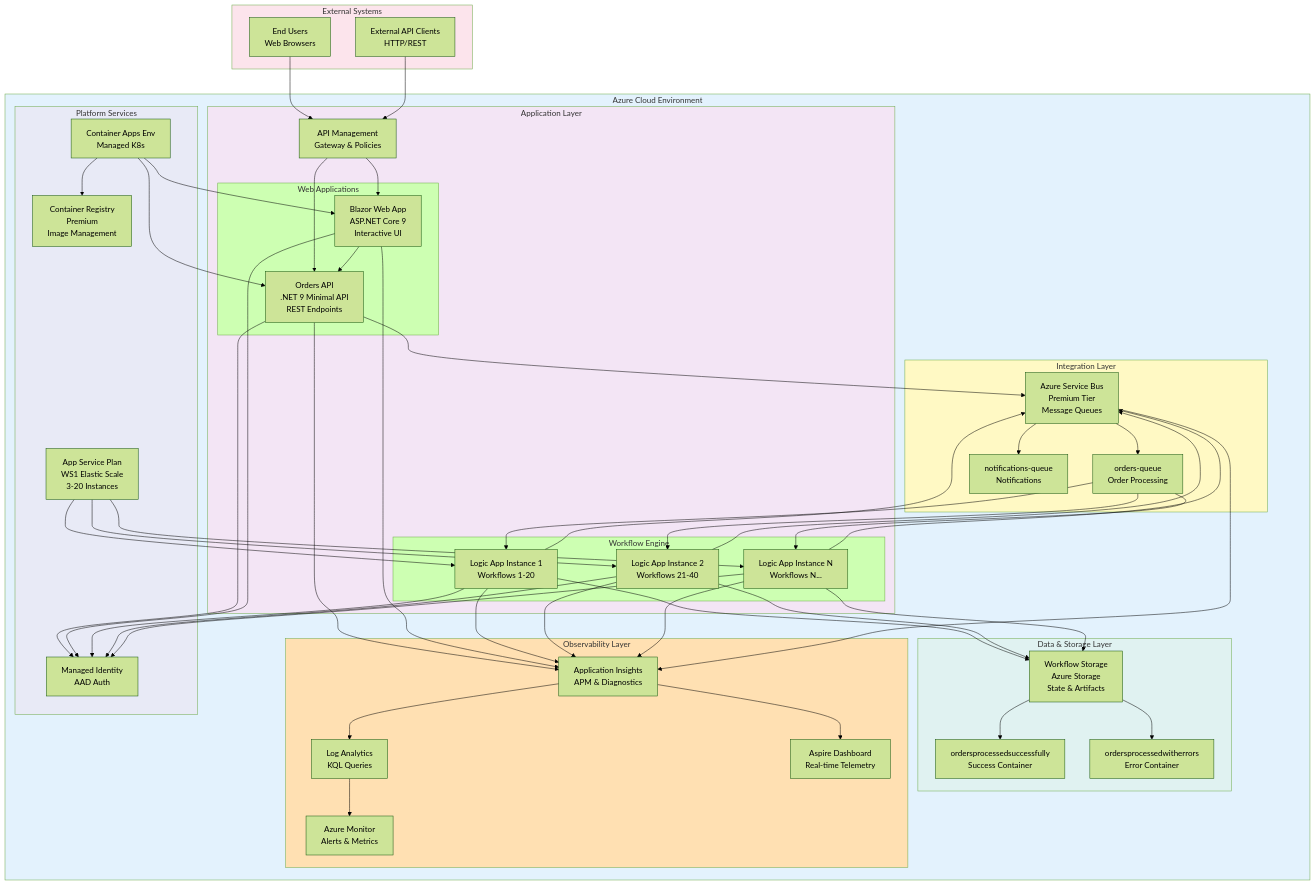
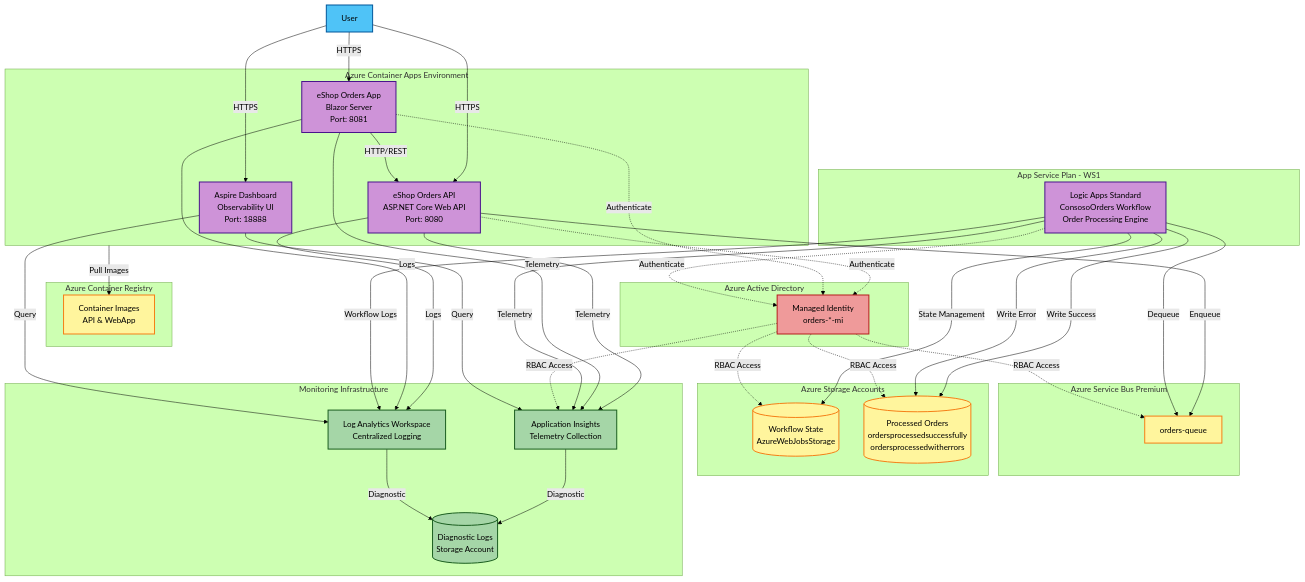
One commit to Evilazaro/Azure-LogicApps-Monitoring changed the second of 3 diagrams in README.md. Above: the diagram before and after it, drawn with Mermaid (forest theme). The commit also changed other lines of this file, not shown here.

Commit message:
Implement feature X to enhance user experience and optimize performance

````diff
--- a/README.md
+++ b/README.md
@@ -259,110 +221,84 @@
 ```mermaid
 graph TB
-    subgraph External["External Systems"]
-        USER[End Users<br/>Web Browsers]
-        CLIENT[External API Clients<br/>HTTP/REST]
+    User[User]
+    
+    subgraph ContainerAppsEnv["Azure Container Apps Environment"]
+        API[eShop Orders API<br/>ASP.NET Core Web API<br/>Port: 8080]
+        WebApp[eShop Orders App<br/>Blazor Server<br/>Port: 8081]
+        Dashboard[Aspire Dashboard<br/>Observability UI<br/>Port: 18888]
     end
 
-    subgraph AzureCloud["Azure Cloud Environment"]
-        subgraph AppLayer["Application Layer"]
-            APIM[API Management<br/>Gateway & Policies]
-            
-            subgraph WebApps["Web Applications"]
-                BLAZOR[Blazor Web App<br/>ASP.NET Core 9<br/>Interactive UI]
-                API[Orders API<br/>.NET 9 Minimal API<br/>REST Endpoints]
-            end
-            
-            subgraph WorkflowEngine["Workflow Engine"]
-                LA1[Logic App Instance 1<br/>Workflows 1-20]
-                LA2[Logic App Instance 2<br/>Workflows 21-40]
-                LAN[Logic App Instance N<br/>Workflows N...]
-            end
-        end
-        
-        subgraph IntegrationLayer["Integration Layer"]
-            SB[Azure Service Bus<br/>Premium Tier<br/>Message Queues]
-            QUEUE1[orders-queue<br/>Order Processing]
-            QUEUE2[notifications-queue<br/>Notifications]
-        end
-        
-        subgraph DataLayer["Data & Storage Layer"]
-            SA[Workflow Storage<br/>Azure Storage<br/>State & Artifacts]
-            BLOB1[ordersprocessedsuccessfully<br/>Success Container]
-            BLOB2[ordersprocessedwitherrors<br/>Error Container]
-        end
-        
-        subgraph ObservabilityLayer["Observability Layer"]
-            AI[Application Insights<br/>APM & Diagnostics]
-            LAW[Log Analytics<br/>KQL Queries]
-            AM[Azure Monitor<br/>Alerts & Metrics]
-            DASH[Aspire Dashboard<br/>Real-time Telemetry]
-        end
-        
-        subgraph PlatformLayer["Platform Services"]
-            CAE[Container Apps Env<br/>Managed K8s]
-            ASP[App Service Plan<br/>WS1 Elastic Scale<br/>3-20 Instances]
-            ACR[Container Registry<br/>Premium<br/>Image Management]
-            MI[Managed Identity<br/>AAD Auth]
-        end
+    subgraph LogicAppsEnv["App Service Plan - WS1"]
+        LA[Logic Apps Standard<br/>ConsosoOrders Workflow<br/>Order Processing Engine]
     end
 
-    USER --> APIM
-    CLIENT --> APIM
+    subgraph Messaging["Azure Service Bus Premium"]
+        Queue[orders-queue]
+    end
+
+    subgraph Storage["Azure Storage Accounts"]
+        WorkflowStorage[(Workflow State<br/>AzureWebJobsStorage)]
+        BlobStorage[(Processed Orders<br/>ordersprocessedsuccessfully<br/>ordersprocessedwitherrors)]
+    end
+
+    subgraph Observability["Monitoring Infrastructure"]
+        AppInsights[Application Insights<br/>Telemetry Collection]
+        LogAnalytics[Log Analytics Workspace<br/>Centralized Logging]
+        DiagStorage[(Diagnostic Logs<br/>Storage Account)]
+    end
+
+    subgraph Registry["Azure Container Registry"]
+        ACR[Container Images<br/>API & WebApp]
+    end
+
+    subgraph Identity["Azure Active Directory"]
+        MI[Managed Identity<br/>orders-*-mi]
+    end
+
+    User -->|HTTPS| WebApp
+    User -->|HTTPS| API
+    User -->|HTTPS| Dashboard
+
+    WebApp -->|HTTP/REST| API
+    API -->|Enqueue| Queue
+    LA -->|Dequeue| Queue
+    LA -->|Write Success| BlobStorage
+    LA -->|Write Error| BlobStorage
+    LA -->|State Management| WorkflowStorage
+
+    API -->|Telemetry| AppInsights
+    WebApp -->|Telemetry| AppInsights
+    LA -->|Telemetry| AppInsights
     
-    APIM --> BLAZOR
-    APIM --> API
+    API -->|Logs| LogAnalytics
+    WebApp -->|Logs| LogAnalytics
+    LA -->|Workflow Logs| LogAnalytics
     
-    BLAZOR --> API
+    AppInsights -->|Diagnostic| DiagStorage
+    LogAnalytics -->|Diagnostic| DiagStorage
+
+    ContainerAppsEnv -->|Pull Images| ACR
     
-    API --> SB
-    LA1 --> SB
-    LA2 --> SB
-    LAN --> SB
-    
-    SB --> QUEUE1
-    SB --> QUEUE2
-    
-    QUEUE1 --> LA1
-    QUEUE1 --> LA2
-    QUEUE1 --> LAN
-    
-    LA1 --> SA
-    LA2 --> SA
-    LAN --> SA
-    
-    SA --> BLOB1
-    SA --> BLOB2
-    
-    API --> AI
-    BLAZOR --> AI
-    LA1 --> AI
-    LA2 --> AI
-    LAN --> AI
-    SB --> AI
-    
-    AI --> LAW
-    LAW --> AM
-    AI --> DASH
-    
-    CAE --> BLAZOR
-    CAE --> API
-    CAE --> ACR
-    
-    ASP --> LA1
-    ASP --> LA2
-    ASP --> LAN
-    
-    API --> MI
-    BLAZOR --> MI
-    LA1 --> MI
-    LA2 --> MI
-    LAN --> MI
+    API -.->|Authenticate| MI
+    WebApp -.->|Authenticate| MI
+    LA -.->|Authenticate| MI
+    MI -.->|RBAC Access| Queue
+    MI -.->|RBAC Access| BlobStorage
+    MI -.->|RBAC Access| WorkflowStorage
+    MI -.->|RBAC Access| AppInsights
 
-    style External fill:#fce4ec
-    style AzureCloud fill:#e3f2fd
-    style AppLayer fill:#f3e5f5
-    style IntegrationLayer fill:#fff9c4
-    style DataLayer fill:#e0f2f1
-    style ObservabilityLayer fill:#ffe0b2
-    style PlatformLayer fill:#e8eaf6
+    Dashboard -->|Query| AppInsights
+    Dashboard -->|Query| LogAnalytics
+
+    classDef userClass fill:#4fc3f7,stroke:#01579b,stroke-width:2px
+    classDef containerClass fill:#ce93d8,stroke:#4a148c,stroke-width:2px
+    classDef storageClass fill:#fff59d,stroke:#f57f17,stroke-width:2px
+    classDef observabilityClass fill:#a5d6a7,stroke:#1b5e20,stroke-width:2px
+    classDef identityClass fill:#ef9a9a,stroke:#b71c1c,stroke-width:2px
+
+    class User userClass
+    class API,WebApp,Dashboard,LA containerClass
+    class Queue,WorkflowStorage,BlobStorage,ACR storageClass
+    class AppInsights,LogAnalytics,DiagStorage observabilityClass
+    class MI identityClass
 ```
````
